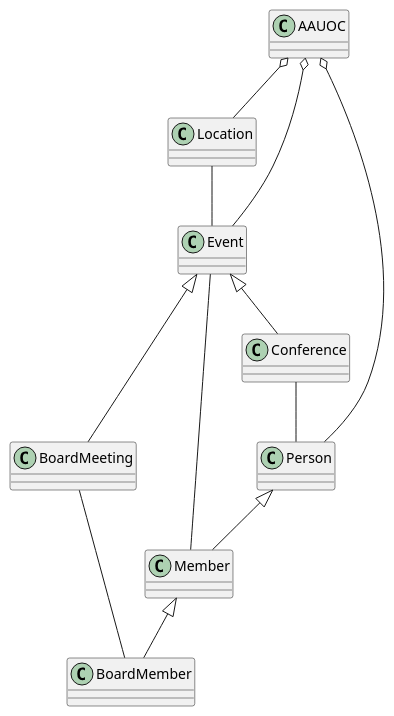
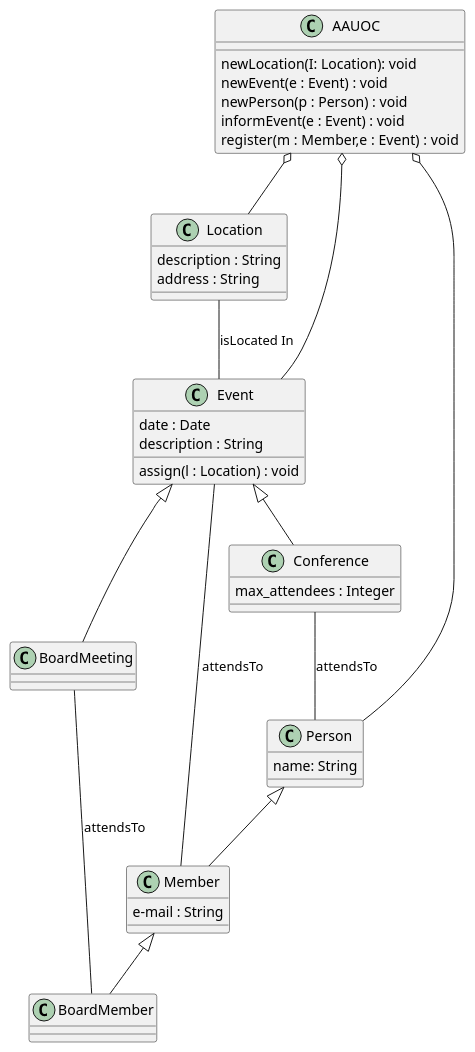
One commit to kande0/UMLClasesCarlosBlascoEspada changed the diagram in src/Práctica_CarlosBlascoEspada.puml. Above: the diagram before and after it, drawn with PlantUML. The commit also changed 3 other files, not shown here.

```diff
--- a/src/Práctica_CarlosBlascoEspada.puml
+++ b/src/Práctica_CarlosBlascoEspada.puml
@@ -1,41 +1,54 @@
 @startuml
 class Member{
+    e-mail : String
 }
 
 class BoardMember {
 }
 
 class Event {
+    date : Date
+    description : String
+    assign(l : Location) : void
 }
 
 class Conference {
+    max_attendees : Integer
 }
 
 class BoardMeeting {
 }
 
 class Location {
+    description : String
+    address : String
 }
 
 class Person {
+    name: String
 }
 
 class AAUOC {
+    newLocation(I: Location): void
+    newEvent(e : Event) : void
+    newPerson(p : Person) : void
+    informEvent(e : Event) : void
+    register(m : Member,e : Event) : void
 }
 
 Event <|-- Conference
 Event <|-- BoardMeeting
 
 Person <|-- Member
 Member <|-- BoardMember
 
 AAUOC o-- Event
 AAUOC o-- Person
 AAUOC o-- Location
 
-Location -- Event
-Event -- Member
-BoardMeeting -- BoardMember
-Conference -- Person
+Location -- Event : isLocated In
+Event -- Member : attendsTo
+BoardMeeting -- BoardMember : attendsTo
+Conference -- Person : attendsTo
 
 @enduml
```
